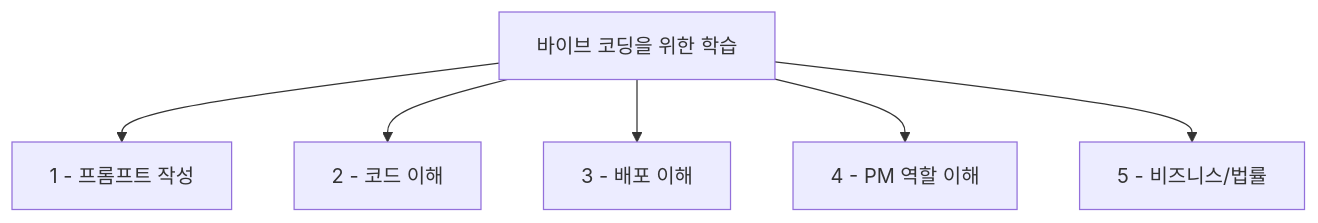
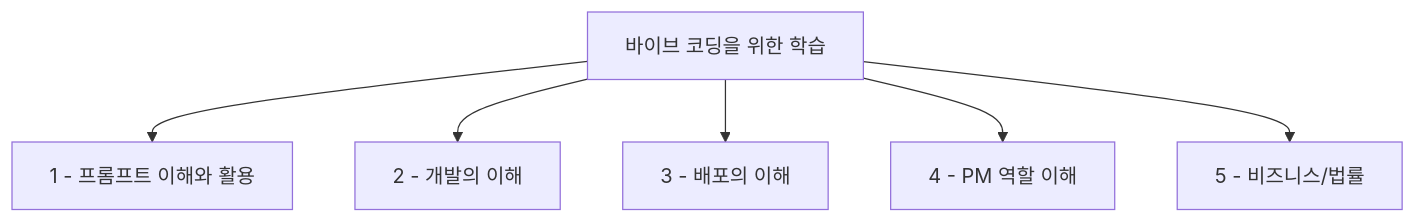
Before and after one commit to nugurejeil/weniVooks: the third of 3 diagrams in _md/essentials-vibecoding/chapter01/01-4.md, drawn with Mermaid. The commit also changed other lines of this file and 2 other files, not shown here.

Commit message:
바이브 코딩 1-4 퇴고

````diff
--- a/_md/essentials-vibecoding/chapter01/01-4.md
+++ b/_md/essentials-vibecoding/chapter01/01-4.md
@@ -102,8 +124,8 @@
 ```mermaid
 flowchart TD
-    A["바이브 코딩을 위한 학습"] --> B["1 - 프롬프트 작성"]
-    A --> C["2 - 코드 이해"]
-    A --> D["3 - 배포 이해"]
+    A["바이브 코딩을 위한 학습"] --> B["1 - 프롬프트 이해와 활용"]
+    A --> C["2 - 개발의 이해"]
+    A --> D["3 - 배포의 이해"]
     A --> E["4 - PM 역할 이해"]
     A --> F["5 - 비즈니스/법률"]
 ```
````
